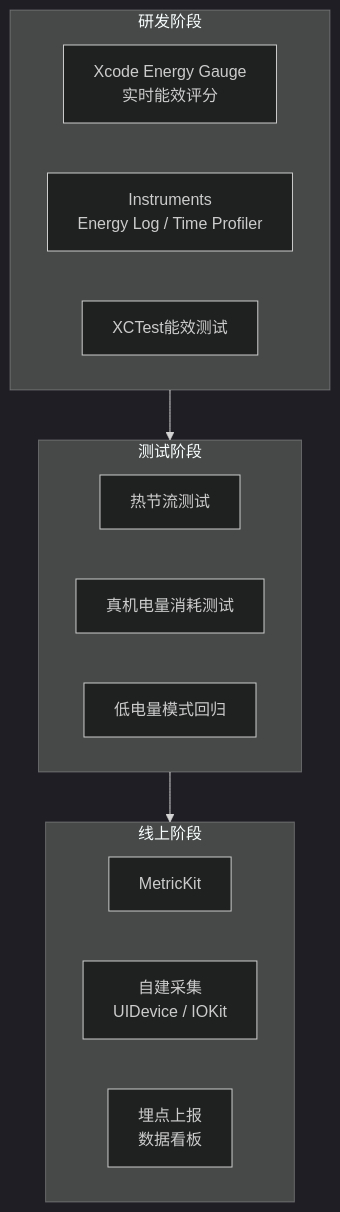
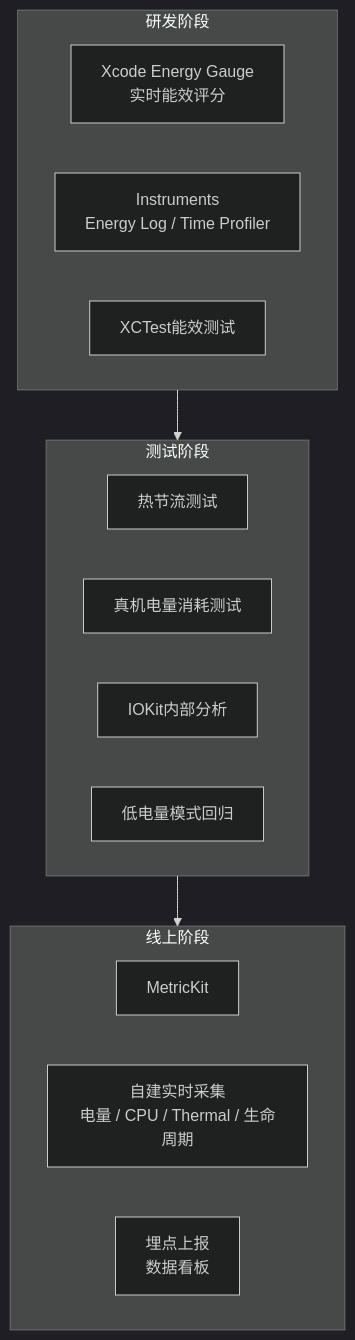
One commit to XiyouMobile3G-iOS/awesome-ios-interview changed the first of 2 diagrams in articles/ios-advanced/耗电/耗电-检测.md. Above: the diagram before and after it, drawn with Mermaid (dark theme). The commit also changed other lines of this file and 2 other files, not shown here.

````diff
--- a/articles/ios-advanced/耗电/耗电-检测.md
+++ b/articles/ios-advanced/耗电/耗电-检测.md
@@ -9,22 +9,23 @@
 ```mermaid
 flowchart TB
     subgraph Dev["研发阶段"]
         EG["Xcode Energy Gauge<br/>实时能效评分"]
         Inst["Instruments<br/>Energy Log / Time Profiler"]
         XCT["XCTest能效测试"]
     end
     
     subgraph Test["测试阶段"]
         Thermal["热节流测试"]
         Battery["真机电量消耗测试"]
+        IOKit["IOKit内部分析"]
         LPM["低电量模式回归"]
     end
     
     subgraph Online["线上阶段"]
         MK["MetricKit"]
-        Self["自建采集<br/>UIDevice / IOKit"]
+        Self["自建实时采集<br/>电量 / CPU / Thermal / 生命周期"]
         Report["埋点上报<br/>数据看板"]
     end
     
     Dev --> Test --> Online
 ```
````
